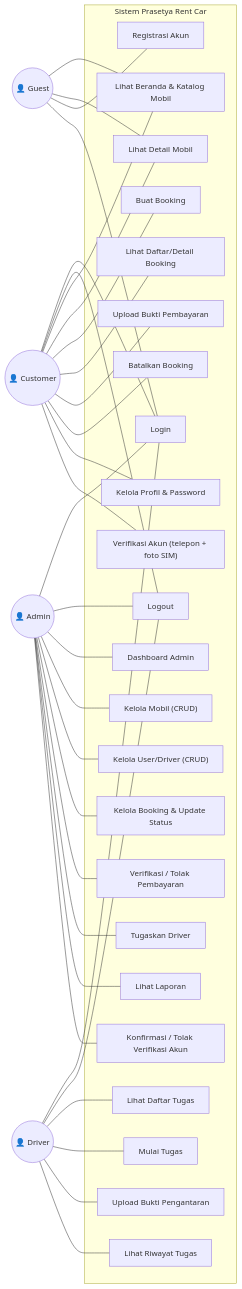
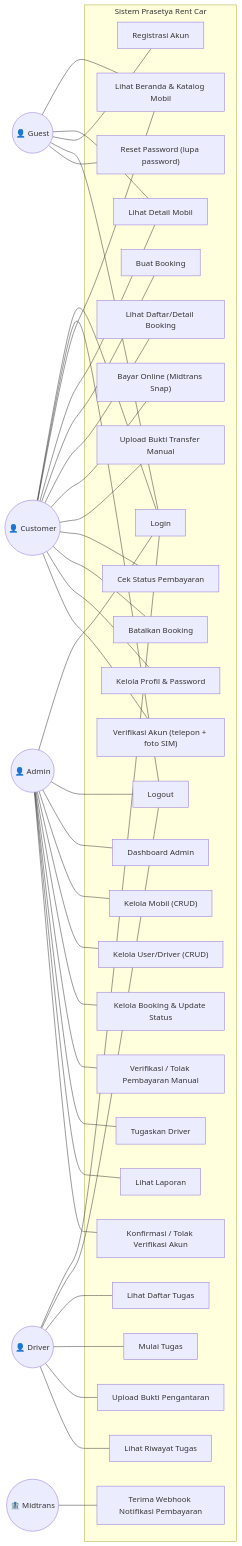
The first of 2 diagrams in docs/04-use-case-diagram.md (FaridRah16/Prasetya-Rent-Car-), drawn with Mermaid before and after one commit. The commit also changed other lines of this file and 12 other files, not shown here.

````diff
--- a/docs/04-use-case-diagram.md
+++ b/docs/04-use-case-diagram.md
@@ -8,67 +9,77 @@
 ```mermaid
 flowchart LR
     Guest(("👤 Guest"))
     Customer(("👤 Customer"))
     Admin(("👤 Admin"))
     Driver(("👤 Driver"))
+    Midtrans(("🏦 Midtrans"))
 
     subgraph SYS["Sistem Prasetya Rent Car"]
         UC1["Lihat Beranda & Katalog Mobil"]
         UC2["Lihat Detail Mobil"]
         UC3["Registrasi Akun"]
         UC4["Login"]
         UC5["Logout"]
+        UC24["Reset Password (lupa password)"]
 
         UC6["Buat Booking"]
         UC7["Lihat Daftar/Detail Booking"]
-        UC8["Upload Bukti Pembayaran"]
+        UC8["Bayar Online (Midtrans Snap)"]
+        UC8b["Upload Bukti Transfer Manual"]
+        UC8c["Cek Status Pembayaran"]
         UC9["Batalkan Booking"]
         UC10["Kelola Profil & Password"]
         UC22["Verifikasi Akun (telepon + foto SIM)"]
 
         UC11["Dashboard Admin"]
         UC12["Kelola Mobil (CRUD)"]
         UC13["Kelola User/Driver (CRUD)"]
         UC14["Kelola Booking & Update Status"]
-        UC15["Verifikasi / Tolak Pembayaran"]
+        UC15["Verifikasi / Tolak Pembayaran Manual"]
         UC16["Tugaskan Driver"]
         UC17["Lihat Laporan"]
         UC23["Konfirmasi / Tolak Verifikasi Akun"]
 
         UC18["Lihat Daftar Tugas"]
         UC19["Mulai Tugas"]
         UC20["Upload Bukti Pengantaran"]
         UC21["Lihat Riwayat Tugas"]
+
+        UC25["Terima Webhook Notifikasi Pembayaran"]
     end
 
-    Guest --- UC1 & UC2 & UC3 & UC4
+    Guest --- UC1 & UC2 & UC3 & UC4 & UC24
 
     Customer --- UC4
     Customer --- UC5
     Customer --- UC1
     Customer --- UC2
     Customer --- UC6
     Customer --- UC7
     Customer --- UC8
+    Customer --- UC8b
+    Customer --- UC8c
     Customer --- UC9
     Customer --- UC10
     Customer --- UC22
 
     Admin --- UC4
     Admin --- UC5
     Admin --- UC11
     Admin --- UC12
     Admin --- UC13
     Admin --- UC14
     Admin --- UC15
     Admin --- UC16
     Admin --- UC17
     Admin --- UC23
 
     Driver --- UC4
     Driver --- UC5
     Driver --- UC18
     Driver --- UC19
     Driver --- UC20
     Driver --- UC21
+
+    Midtrans --- UC25
 ```
````
